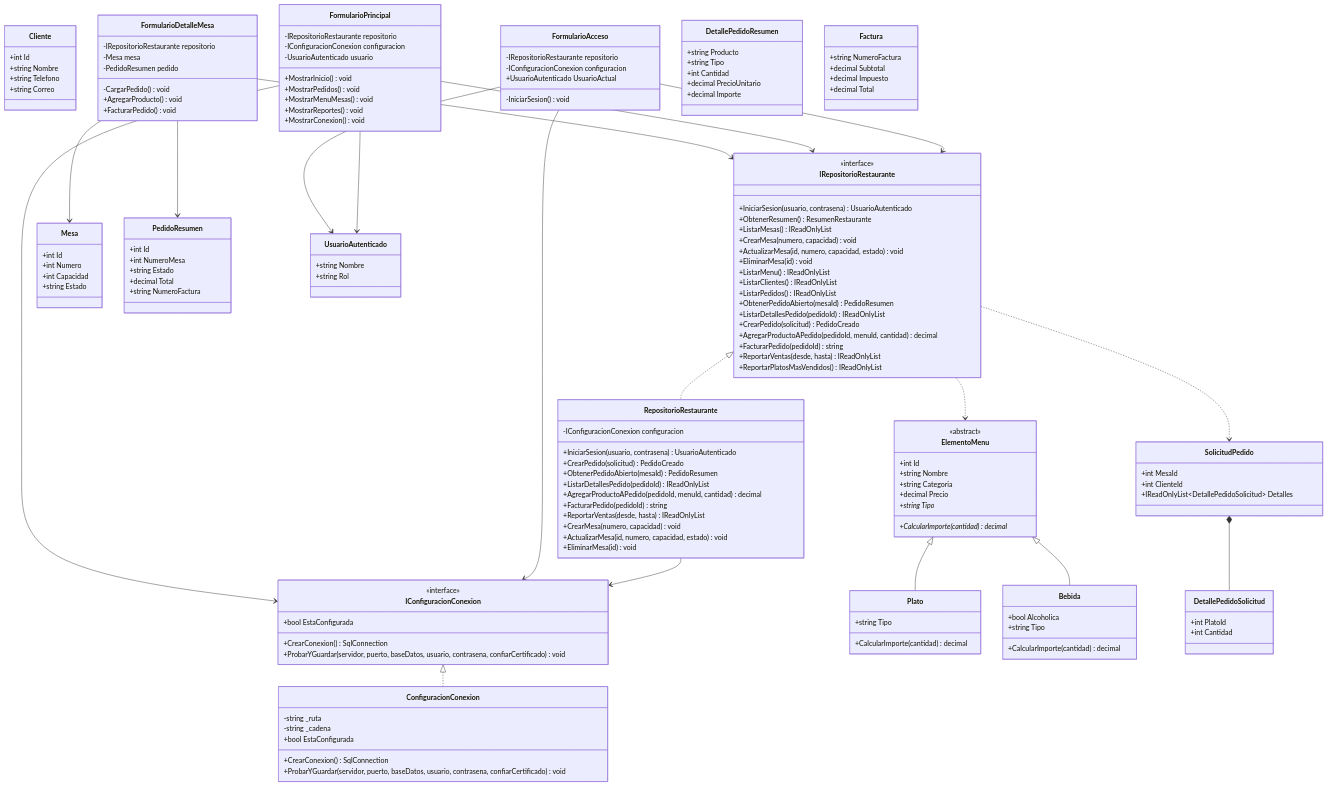
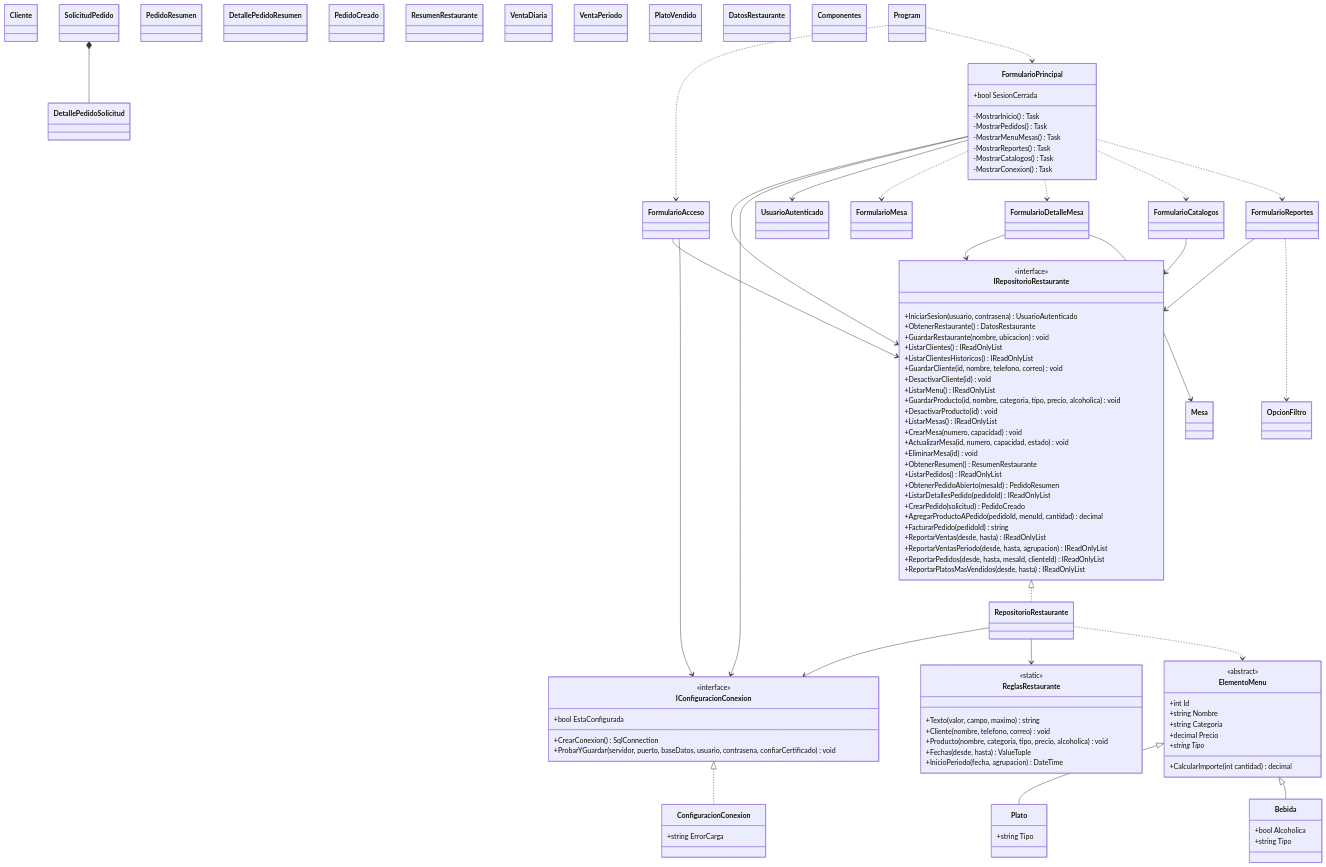
Before and after one commit to ivanc-93/restaurante: the diagram in restaurante2/Diagramas/DiagramaClases.mmd, drawn with Mermaid. The commit also changed 4 other files, not shown here.

```diff
--- a/restaurante2/Diagramas/DiagramaClases.mmd
+++ b/restaurante2/Diagramas/DiagramaClases.mmd
@@ -1,150 +1,117 @@
 classDiagram
+    class ElementoMenu {
+        <<abstract>>
+        +int Id
+        +string Nombre
+        +string Categoria
+        +decimal Precio
+        +string Tipo*
+        +CalcularImporte(int cantidad) decimal
+    }
+    class Plato {
+        +string Tipo
+    }
+    class Bebida {
+        +bool Alcoholica
+        +string Tipo
+    }
+    class Mesa
+    class Cliente
+    class SolicitudPedido
+    class DetallePedidoSolicitud
+    class PedidoResumen
+    class DetallePedidoResumen
+    class PedidoCreado
+    class ResumenRestaurante
+    class VentaDiaria
+    class VentaPeriodo
+    class PlatoVendido
+    class UsuarioAutenticado
+    class DatosRestaurante
+    class IRepositorioRestaurante {
+        <<interface>>
+        +IniciarSesion(usuario, contrasena) UsuarioAutenticado
+        +ObtenerRestaurante() DatosRestaurante
+        +GuardarRestaurante(nombre, ubicacion) void
+        +ListarClientes() IReadOnlyList
+        +ListarClientesHistoricos() IReadOnlyList
+        +GuardarCliente(id, nombre, telefono, correo) void
+        +DesactivarCliente(id) void
+        +ListarMenu() IReadOnlyList
+        +GuardarProducto(id, nombre, categoria, tipo, precio, alcoholica) void
+        +DesactivarProducto(id) void
+        +ListarMesas() IReadOnlyList
+        +CrearMesa(numero, capacidad) void
+        +ActualizarMesa(id, numero, capacidad, estado) void
+        +EliminarMesa(id) void
+        +ObtenerResumen() ResumenRestaurante
+        +ListarPedidos() IReadOnlyList
+        +ObtenerPedidoAbierto(mesaId) PedidoResumen
+        +ListarDetallesPedido(pedidoId) IReadOnlyList
+        +CrearPedido(solicitud) PedidoCreado
+        +AgregarProductoAPedido(pedidoId, menuId, cantidad) decimal
+        +FacturarPedido(pedidoId) string
+        +ReportarVentas(desde, hasta) IReadOnlyList
+        +ReportarVentasPeriodo(desde, hasta, agrupacion) IReadOnlyList
+        +ReportarPedidos(desde, hasta, mesaId, clienteId) IReadOnlyList
+        +ReportarPlatosMasVendidos(desde, hasta) IReadOnlyList
+    }
+    class RepositorioRestaurante
     class IConfiguracionConexion {
         <<interface>>
         +bool EstaConfigurada
         +CrearConexion() SqlConnection
         +ProbarYGuardar(servidor, puerto, baseDatos, usuario, contrasena, confiarCertificado) void
     }
     class ConfiguracionConexion {
-        -string _ruta
-        -string _cadena
-        +bool EstaConfigurada
-        +CrearConexion() SqlConnection
-        +ProbarYGuardar(servidor, puerto, baseDatos, usuario, contrasena, confiarCertificado) void
+        +string ErrorCarga
     }
-    class IRepositorioRestaurante {
-        <<interface>>
-        +IniciarSesion(usuario, contrasena) UsuarioAutenticado
-        +ObtenerResumen() ResumenRestaurante
-        +ListarMesas() IReadOnlyList
-        +CrearMesa(numero, capacidad) void
-        +ActualizarMesa(id, numero, capacidad, estado) void
-        +EliminarMesa(id) void
-        +ListarMenu() IReadOnlyList
-        +ListarClientes() IReadOnlyList
-        +ListarPedidos() IReadOnlyList
-        +ObtenerPedidoAbierto(mesaId) PedidoResumen
-        +ListarDetallesPedido(pedidoId) IReadOnlyList
-        +CrearPedido(solicitud) PedidoCreado
-        +AgregarProductoAPedido(pedidoId, menuId, cantidad) decimal
-        +FacturarPedido(pedidoId) string
-        +ReportarVentas(desde, hasta) IReadOnlyList
-        +ReportarPlatosMasVendidos() IReadOnlyList
+    class ReglasRestaurante {
+        <<static>>
+        +Texto(valor, campo, maximo) string
+        +Cliente(nombre, telefono, correo) void
+        +Producto(nombre, categoria, tipo, precio, alcoholica) void
+        +Fechas(desde, hasta) ValueTuple
+        +InicioPeriodo(fecha, agrupacion) DateTime
     }
-    class RepositorioRestaurante {
-        -IConfiguracionConexion configuracion
-        +IniciarSesion(usuario, contrasena) UsuarioAutenticado
-        +CrearPedido(solicitud) PedidoCreado
-        +ObtenerPedidoAbierto(mesaId) PedidoResumen
-        +ListarDetallesPedido(pedidoId) IReadOnlyList
-        +AgregarProductoAPedido(pedidoId, menuId, cantidad) decimal
-        +FacturarPedido(pedidoId) string
-        +ReportarVentas(desde, hasta) IReadOnlyList
-        +CrearMesa(numero, capacidad) void
-        +ActualizarMesa(id, numero, capacidad, estado) void
-        +EliminarMesa(id) void
+    class FormularioAcceso
+    class FormularioPrincipal {
+        +bool SesionCerrada
+        -MostrarInicio() Task
+        -MostrarPedidos() Task
+        -MostrarMenuMesas() Task
+        -MostrarReportes() Task
+        -MostrarCatalogos() Task
+        -MostrarConexion() Task
     }
-    class ElementoMenu {
-        <<abstract>>
-        +int Id
-        +string Nombre
-        +string Categoria
-        +decimal Precio
-        +string Tipo*
-        +CalcularImporte(cantidad) decimal*
-    }
-    class Plato {
-        +string Tipo
-        +CalcularImporte(cantidad) decimal
-    }
-    class Bebida {
-        +bool Alcoholica
-        +string Tipo
-        +CalcularImporte(cantidad) decimal
-    }
-    class Mesa {
-        +int Id
-        +int Numero
-        +int Capacidad
-        +string Estado
-    }
-    class Cliente {
-        +int Id
-        +string Nombre
-        +string Telefono
-        +string Correo
-    }
-    class SolicitudPedido {
-        +int MesaId
-        +int ClienteId
-        +IReadOnlyList~DetallePedidoSolicitud~ Detalles
-    }
-    class DetallePedidoSolicitud {
-        +int PlatoId
-        +int Cantidad
-    }
-    class FormularioAcceso {
-        -IRepositorioRestaurante repositorio
-        -IConfiguracionConexion configuracion
-        +UsuarioAutenticado UsuarioActual
-        -IniciarSesion() void
-    }
-    class FormularioPrincipal {
-        -IRepositorioRestaurante repositorio
-        -IConfiguracionConexion configuracion
-        -UsuarioAutenticado usuario
-        +MostrarInicio() void
-        +MostrarPedidos() void
-        +MostrarMenuMesas() void
-        +MostrarReportes() void
-        +MostrarConexion() void
-    }
-    class FormularioDetalleMesa {
-        -IRepositorioRestaurante repositorio
-        -Mesa mesa
-        -PedidoResumen pedido
-        -CargarPedido() void
-        +AgregarProducto() void
-        +FacturarPedido() void
-    }
-    class PedidoResumen {
-        +int Id
-        +int NumeroMesa
-        +string Estado
-        +decimal Total
-        +string NumeroFactura
-    }
-    class DetallePedidoResumen {
-        +string Producto
-        +string Tipo
-        +int Cantidad
-        +decimal PrecioUnitario
-        +decimal Importe
-    }
-    class UsuarioAutenticado {
-        +string Nombre
-        +string Rol
-    }
-    class Factura {
-        +string NumeroFactura
-        +decimal Subtotal
-        +decimal Impuesto
-        +decimal Total
-    }
-    IConfiguracionConexion <|.. ConfiguracionConexion
-    IRepositorioRestaurante <|.. RepositorioRestaurante
+    class FormularioMesa
+    class FormularioDetalleMesa
+    class FormularioCatalogos
+    class FormularioReportes
+    class OpcionFiltro
+    class Componentes
+    class Program
     ElementoMenu <|-- Plato
     ElementoMenu <|-- Bebida
+    IRepositorioRestaurante <|.. RepositorioRestaurante
+    IConfiguracionConexion <|.. ConfiguracionConexion
     RepositorioRestaurante --> IConfiguracionConexion
+    RepositorioRestaurante --> ReglasRestaurante
+    RepositorioRestaurante ..> ElementoMenu
+    SolicitudPedido *-- DetallePedidoSolicitud
     FormularioAcceso --> IRepositorioRestaurante
     FormularioAcceso --> IConfiguracionConexion
     FormularioPrincipal --> IRepositorioRestaurante
     FormularioPrincipal --> IConfiguracionConexion
     FormularioPrincipal --> UsuarioAutenticado
+    FormularioPrincipal ..> FormularioMesa
+    FormularioPrincipal ..> FormularioDetalleMesa
+    FormularioPrincipal ..> FormularioCatalogos
+    FormularioPrincipal ..> FormularioReportes
     FormularioDetalleMesa --> IRepositorioRestaurante
     FormularioDetalleMesa --> Mesa
-    FormularioDetalleMesa --> PedidoResumen
-    SolicitudPedido *-- DetallePedidoSolicitud
-    FormularioAcceso --> UsuarioAutenticado
-    IRepositorioRestaurante ..> SolicitudPedido
-    IRepositorioRestaurante ..> ElementoMenu
+    FormularioCatalogos --> IRepositorioRestaurante
+    FormularioReportes --> IRepositorioRestaurante
+    FormularioReportes ..> OpcionFiltro
+    Program ..> FormularioAcceso
+    Program ..> FormularioPrincipal
```
